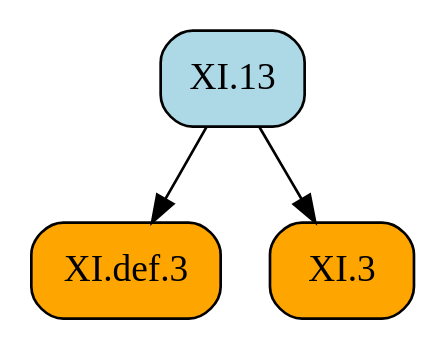
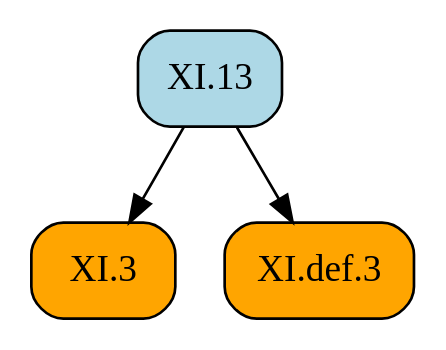
Before and after one commit to geometor/elements: the diagram in docsrc/heath/XI/13/index.rst, drawn with Graphviz. The commit also changed other lines of this file and 484 other files, not shown here.

```diff
--- a/docsrc/heath/XI/13/index.rst
+++ b/docsrc/heath/XI/13/index.rst
@@ -37,11 +37,11 @@
 .. graphviz::
 
    digraph {
      rankdir="TB";
      node [shape=box, style=rounded];
+     "XI.3" [style="rounded,filled", fillcolor=orange, URL="/heath/XI/3/", target="_top"];
+     "XI.13" [style="rounded,filled", fillcolor=lightblue, URL="/heath/XI/13/", target="_top"];
      "XI.def.3" [style="rounded,filled", fillcolor=orange, URL="/heath/XI/def.3/", target="_top"];
-     "XI.13" [style="rounded,filled", fillcolor=lightblue, URL="/heath/XI/13/", target="_top"];
-     "XI.3" [style="rounded,filled", fillcolor=orange, URL="/heath/XI/3/", target="_top"];
+     "XI.13" -> "XI.3";
      "XI.13" -> "XI.def.3";
-     "XI.13" -> "XI.3";
    }
```
